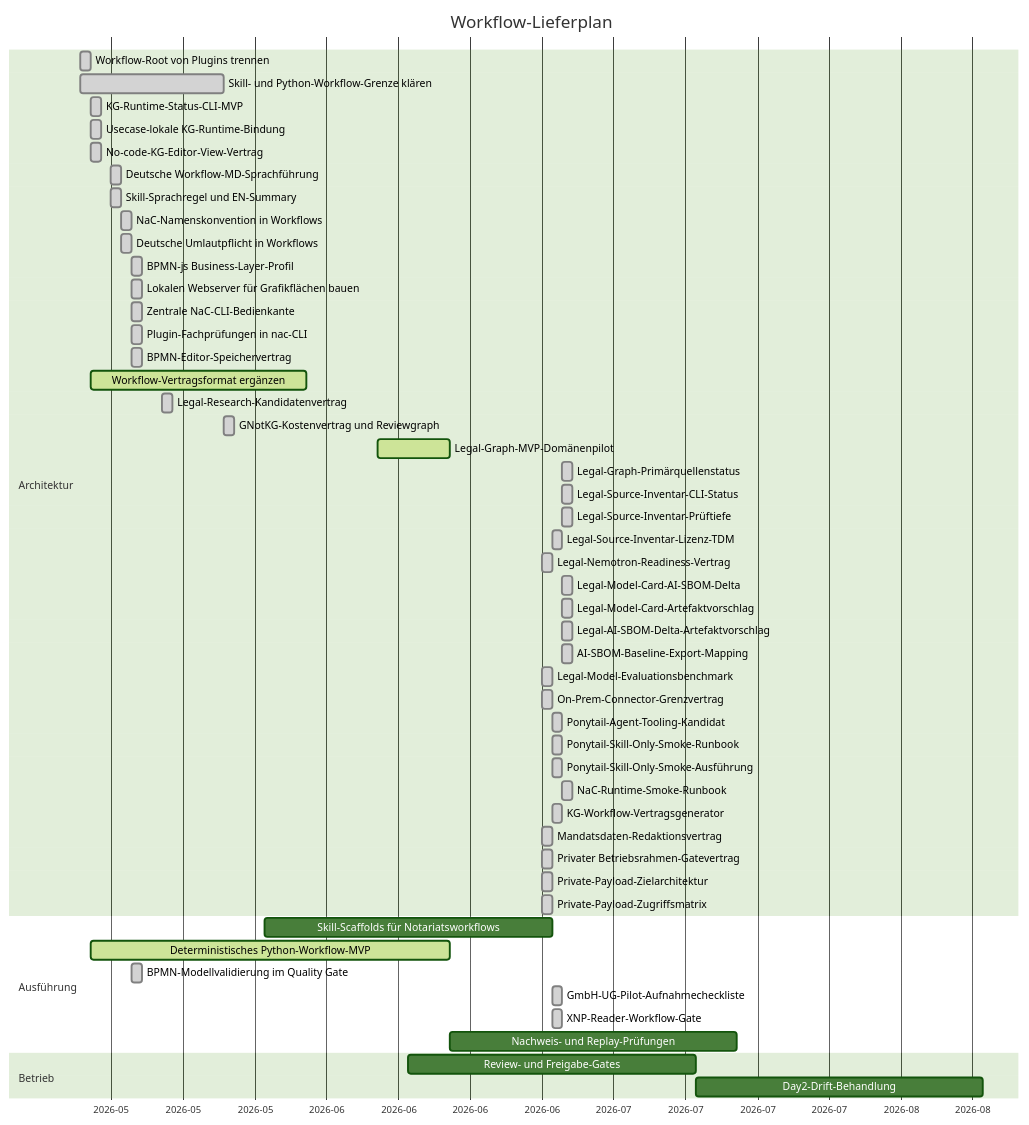
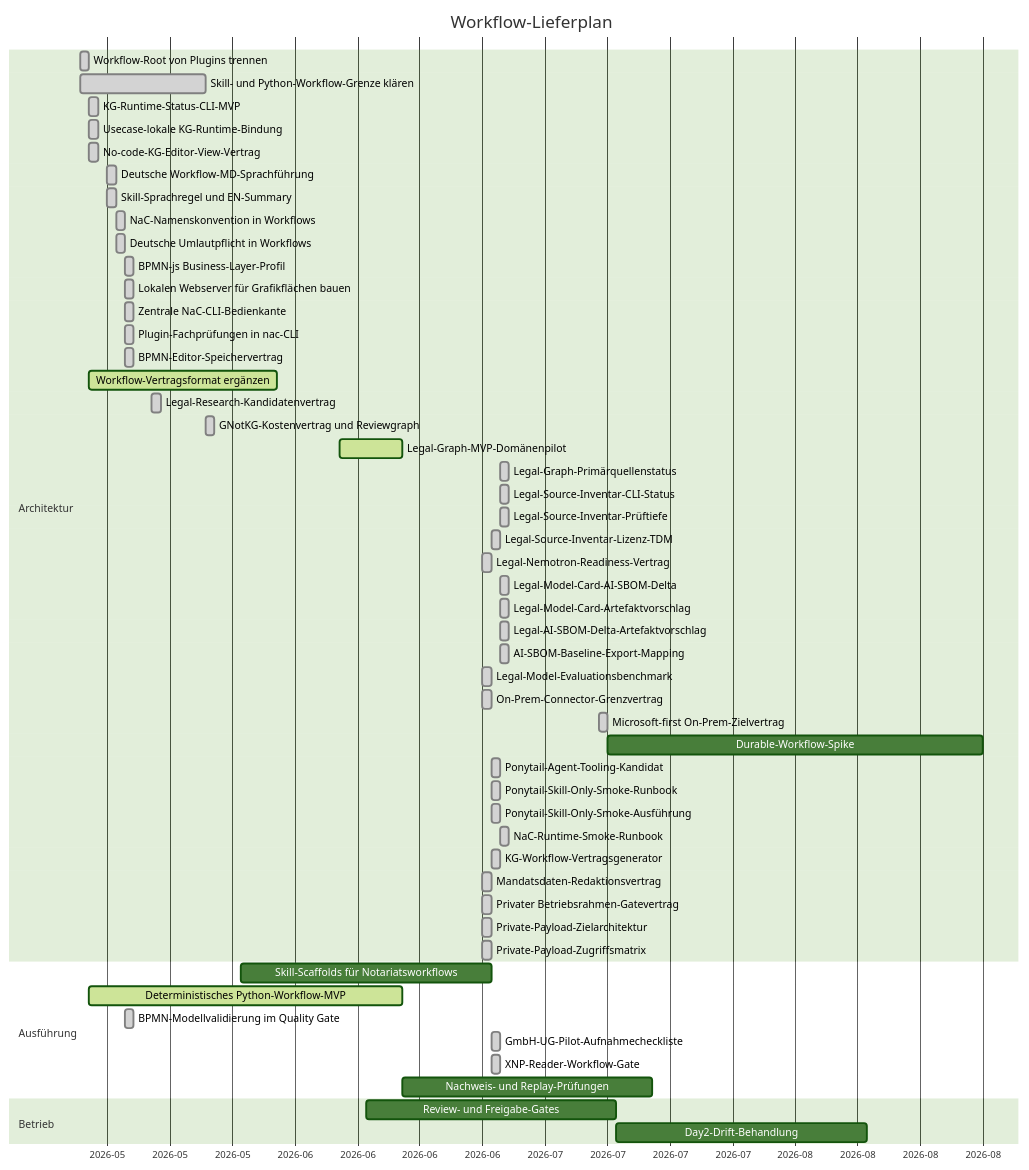
One commit to notariat8/NaC changed the diagram in workflows/GANTT.md. Above: the diagram before and after it, drawn with Mermaid (forest theme). The commit also changed other lines of this file and 20 other files, not shown here.

Commit message:
docs(architecture): define Microsoft-first on-prem target

````diff
--- a/workflows/GANTT.md
+++ b/workflows/GANTT.md
@@ -5,58 +5,60 @@
 ```mermaid
 gantt
     title Workflow-Lieferplan
     dateFormat  YYYY-MM-DD
     axisFormat  %Y-%m
 
     section Architektur
     Workflow-Root von Plugins trennen          :done,   w1, 2026-05-14, 1d
     Skill- und Python-Workflow-Grenze klären  :done,   w2, 2026-05-14, 14d
     KG-Runtime-Status-CLI-MVP                  :done,   w3, 2026-05-15, 1d
     Usecase-lokale KG-Runtime-Bindung          :done,   w3a, 2026-05-15, 1d
     No-code-KG-Editor-View-Vertrag             :done,   w4a, 2026-05-15, 1d
     Deutsche Workflow-MD-Sprachführung        :done,   w4b, 2026-05-17, 1d
     Skill-Sprachregel und EN-Summary            :done,   w4c, 2026-05-17, 1d
     NaC-Namenskonvention in Workflows           :done,   w4d, 2026-05-18, 1d
     Deutsche Umlautpflicht in Workflows         :done,   w4e, 2026-05-18, 1d
     BPMN-js Business-Layer-Profil               :done,   w4f, 2026-05-19, 1d
     Lokalen Webserver für Grafikflächen bauen  :done,   w4g, 2026-05-19, 1d
     Zentrale NaC-CLI-Bedienkante                :done,   w4h, 2026-05-19, 1d
     Plugin-Fachprüfungen in nac-CLI             :done,   w4i, 2026-05-19, 1d
     BPMN-Editor-Speichervertrag                 :done,   w4j, 2026-05-19, 1d
     Workflow-Vertragsformat ergänzen          :active, w4, 2026-05-15, 21d
     Legal-Research-Kandidatenvertrag           :done,   w4k, 2026-05-22, 1d
     GNotKG-Kostenvertrag und Reviewgraph        :done,   w4l, 2026-05-28, 1d
     Legal-Graph-MVP-Domänenpilot              :active, w4m, 2026-06-12, 7d
     Legal-Graph-Primärquellenstatus            :done,   w4z, 2026-06-30, 1d
     Legal-Source-Inventar-CLI-Status           :done,   w4aa, 2026-06-30, 1d
     Legal-Source-Inventar-Prüftiefe            :done,   w4af, 2026-06-30, 1d
     Legal-Source-Inventar-Lizenz-TDM           :done,   w4u, 2026-06-29, 1d
     Legal-Nemotron-Readiness-Vertrag            :done,   w4s, 2026-06-28, 1d
     Legal-Model-Card-AI-SBOM-Delta             :done,   w4ab, 2026-06-30, 1d
     Legal-Model-Card-Artefaktvorschlag         :done,   w4ac, 2026-06-30, 1d
     Legal-AI-SBOM-Delta-Artefaktvorschlag      :done,   w4ad, 2026-06-30, 1d
     AI-SBOM-Baseline-Export-Mapping            :done,   w4ae, 2026-06-30, 1d
     Legal-Model-Evaluationsbenchmark           :done,   w4t, 2026-06-28, 1d
     On-Prem-Connector-Grenzvertrag            :done,   w4n, 2026-06-28, 1d
+    Microsoft-first On-Prem-Zielvertrag          :done,   w4ah, 2026-07-11, 1d
+    Durable-Workflow-Spike                       :        w4ai, after w4ah, 42d
     Ponytail-Agent-Tooling-Kandidat            :done,   w4v, 2026-06-29, 1d
     Ponytail-Skill-Only-Smoke-Runbook          :done,   w4w, 2026-06-29, 1d
     Ponytail-Skill-Only-Smoke-Ausführung       :done,   w4x, 2026-06-29, 1d
     NaC-Runtime-Smoke-Runbook                  :done,   w4ag, 2026-06-30, 1d
     KG-Workflow-Vertragsgenerator              :done,   w4y, 2026-06-29, 1d
     Mandatsdaten-Redaktionsvertrag             :done,   w4o, 2026-06-28, 1d
     Privater Betriebsrahmen-Gatevertrag        :done,   w4p, 2026-06-28, 1d
     Private-Payload-Zielarchitektur            :done,   w4q, 2026-06-28, 1d
     Private-Payload-Zugriffsmatrix             :done,   w4r, 2026-06-28, 1d
 
     section Ausführung
     Skill-Scaffolds für Notariatsworkflows    :        w5, 2026-06-01, 28d
     Deterministisches Python-Workflow-MVP      :active, w6, 2026-05-15, 35d
     BPMN-Modellvalidierung im Quality Gate      :done,   w6a, 2026-05-19, 1d
     GmbH-UG-Pilot-Aufnahmecheckliste           :done,   w6b, 2026-06-29, 1d
     XNP-Reader-Workflow-Gate                   :done,   w6c, 2026-06-29, 1d
     Nachweis- und Replay-Prüfungen            :        w7, after w6, 28d
 
     section Betrieb
     Review- und Freigabe-Gates                 :        w8, 2026-06-15, 28d
     Day2-Drift-Behandlung                      :        w9, after w8, 28d
 ```
````
